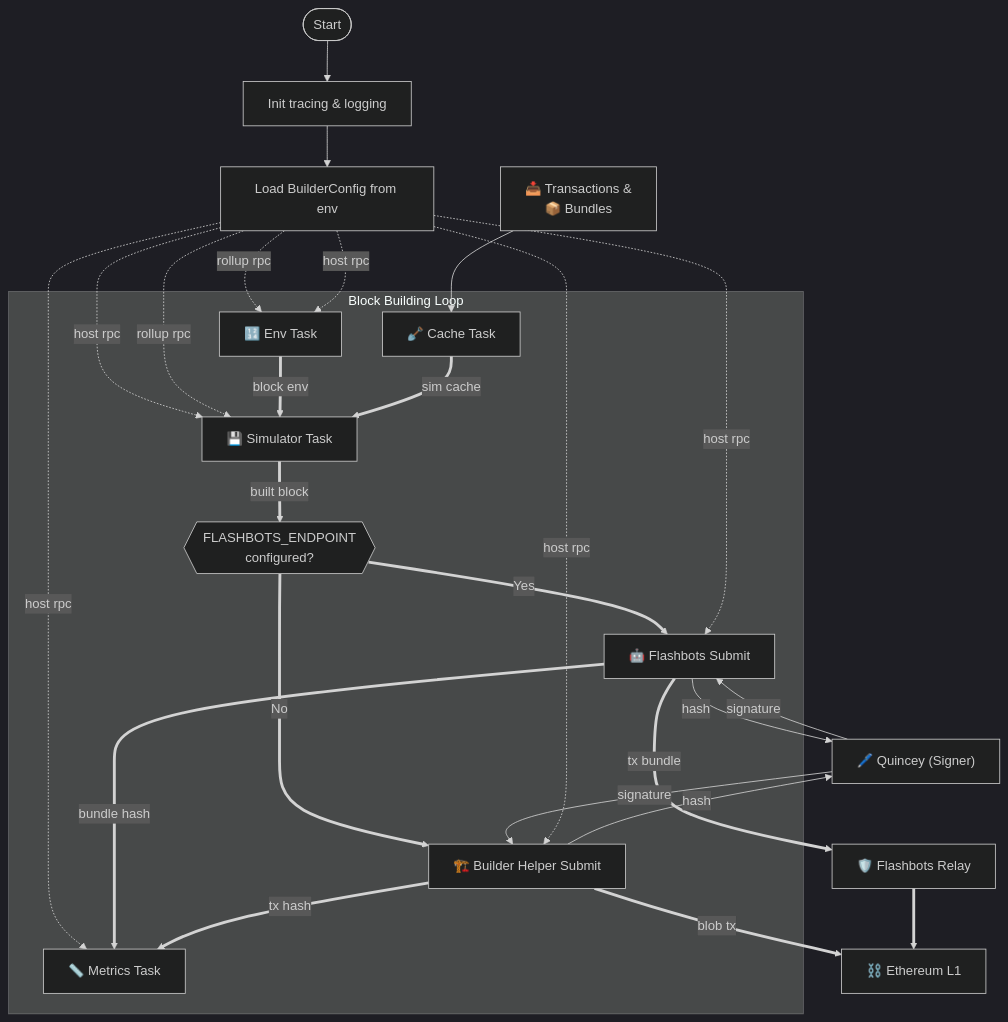
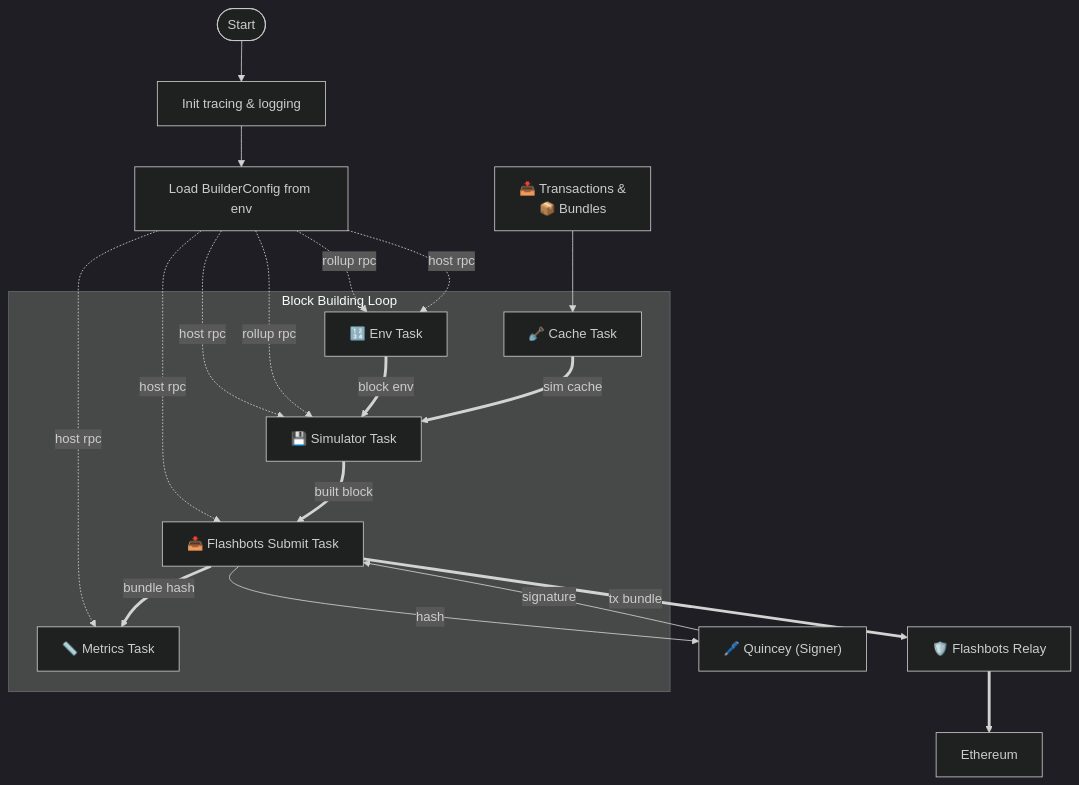
One commit to init4tech/builder changed the diagram in README.md. Above: the diagram before and after it, drawn with Mermaid.

Commit message:
removes builder helper mentions entirely since deprecation

````diff
--- a/README.md
+++ b/README.md
@@ -19,54 +19,44 @@
 ```mermaid
 %%{ init : { "theme" : "dark" } }%%
 flowchart TD
    %% Initialization
    Start(["Start"]) --> Init["Init tracing & logging"]
    Init --> Config["Load BuilderConfig from env"]
 
    Inbound["📥 Transactions &
    📦 Bundles"] --> Cache["🪏 Cache Task"]
    Quincey["🖊️ Quincey (Signer)"]
 
    %% Block building loop
    subgraph BuilderLoop["Block Building Loop"]
       Env["🔢 Env Task"]
       Cache["🪏 Cache Task"]
       Simulator["💾 Simulator Task"]
       Metrics["📏 Metrics Task"]
-
-      %% Decision: route to Flashbots or Builder Helper
-      FB@{ shape: hex, label: "FLASHBOTS_ENDPOINT\nconfigured?" }
-      FB ==> | Yes | FlashbotsSubmit["🤖 Flashbots Submit"]
-      FB ==> | No  | HelperSubmit["🏗️ Builder Helper Submit"]
+      FlashbotsSubmit["📥 Flashbots Submit Task"]
    end
 
    %% Signing
    FlashbotsSubmit --hash--> Quincey
    Quincey -- signature --> FlashbotsSubmit
-
-   HelperSubmit -- hash --> Quincey
-   Quincey -- signature --> HelperSubmit
 
    %% Config wiring
    Config -.rollup rpc.-> Env
    Config -.host rpc.-> Env
    Config -.host rpc.-> Simulator
    Config -.rollup rpc.-> Simulator
    Config -.host rpc.-> Metrics
    Config -.host rpc.-> FlashbotsSubmit
-   Config -.host rpc.-> HelperSubmit
 
    %% Core flow
    Env ==block env==> Simulator
    Cache ==sim cache==> Simulator
-   Simulator ==built block==> FB 
+   Simulator ==built block==> FlashbotsSubmit
 
    %% Network submission
    FlashbotsSubmit ==>|"tx bundle"| FlashbotsRelay["🛡️ Flashbots Relay"]
    FlashbotsRelay ==> Ethereum
-   HelperSubmit ==>|"blob tx"| Ethereum["⛓️ Ethereum L1"]
 
    %% Metrics
    FlashbotsSubmit ==bundle hash==> Metrics
-   HelperSubmit ==tx hash==> Metrics
 ```
````
